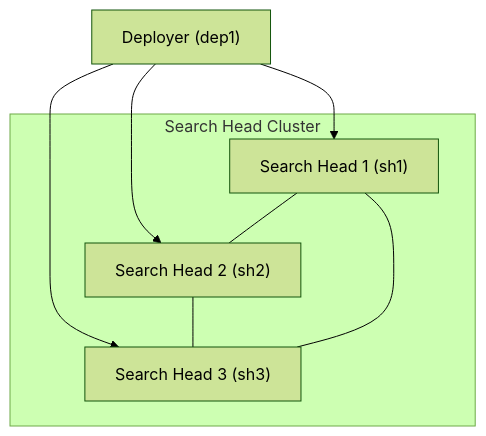
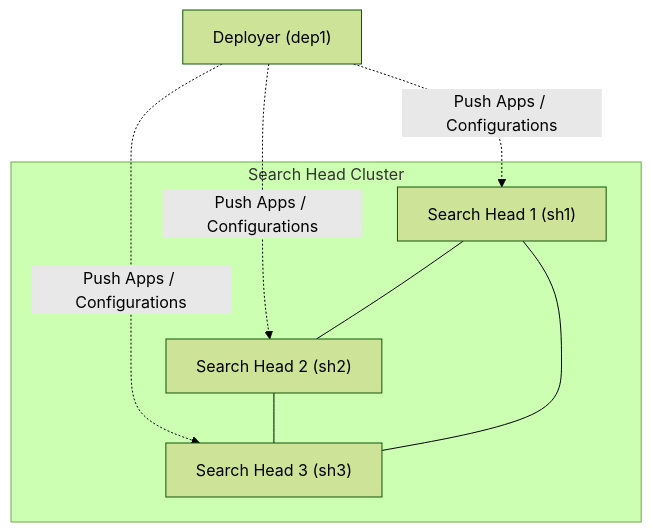
One commit to michaelsayala/splunk-shc-docker-lab changed the diagram in README.md. Above: the diagram before and after it, drawn with Mermaid (forest theme).

````diff
--- a/README.md
+++ b/README.md
@@ -32,20 +32,31 @@
 ```mermaid
 flowchart TB
 
+%% =========================
+%% Deployer
+%% =========================
+DEP["Deployer (dep1)"]
+
+%% =========================
+%% Search Head Cluster
+%% =========================
 subgraph SHC["Search Head Cluster"]
     SH1["Search Head 1 (sh1)"]
     SH2["Search Head 2 (sh2)"]
     SH3["Search Head 3 (sh3)"]
 end
 
-DEP["Deployer (dep1)"]
+%% =========================
+%% Deployer pushes apps
+%% =========================
+DEP -.->|Push Apps / Configurations| SH1
+DEP -.->|Push Apps / Configurations| SH2
+DEP -.->|Push Apps / Configurations| SH3
 
-DEP --> SH1
-DEP --> SH2
-DEP --> SH3
-
+%% =========================
+%% Cluster Membership
+%% =========================
 SH1 --- SH2
 SH2 --- SH3
 SH1 --- SH3
-
 ```
````
